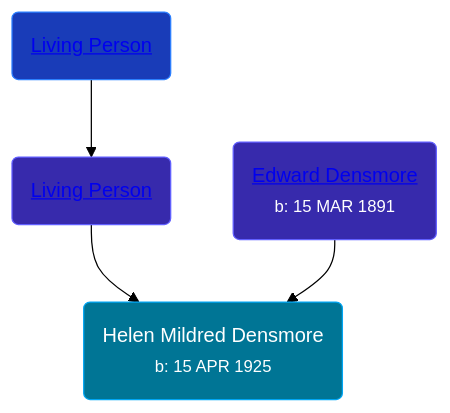
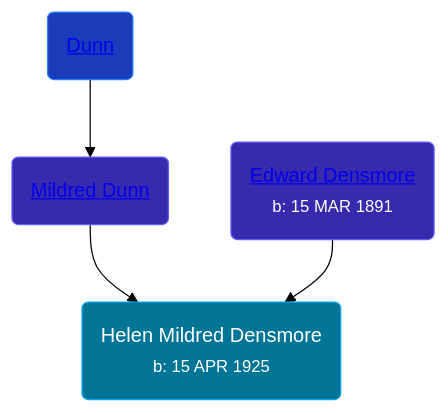
Before and after one commit to wpmgotkh/wpmgotkh.github.io: the diagram in pages/people/5/54702290.md, drawn with Mermaid (forest theme). The commit also changed other lines of this file and 586 other files, not shown here.

Commit message:
feat: better shouldConsiderPersonLiving algo

````diff
--- a/pages/people/5/54702290.md
+++ b/pages/people/5/54702290.md
@@ -11,10 +11,10 @@
 ```mermaid
 graph
 classDef grands fill:#193cb8,stroke:#2b7fff,stroke-width:1px,color:#fff;
 classDef parents fill:#372aac,stroke:#615fff,stroke-width:1px,color:#fff;
 classDef primary fill:#007595,stroke:#00a6f4,stroke-width:1px,color:#fff;
 54702290(Helen Mildred Densmore<br /><small>b: 15 APR 1925</small>):::primary
-7869963(<a class="text-white" href="/people/7/7869963">Living Person</a>):::parents-->54702290
-14066328(<a class="text-white" href="/people/1/14066328">Living Person</a>):::grands-->7869963
+7869963(<a class="text-white" href="/people/7/7869963">Mildred Dunn</a>):::parents-->54702290
+14066328(<a class="text-white" href="/people/1/14066328">Dunn</a>):::grands-->7869963
 75117844(<a class="text-white" href="/people/7/75117844">Edward Densmore</a><br /><small>b: 15 MAR 1891</small>):::parents-->54702290
 ```
````
